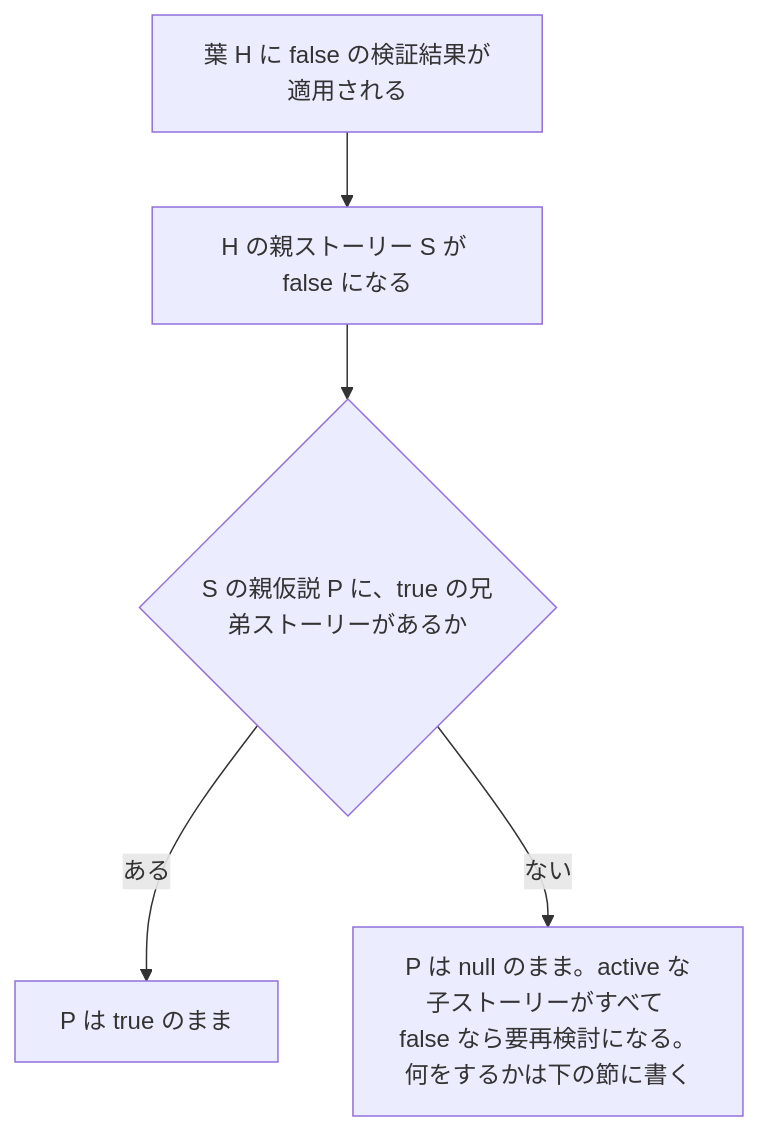
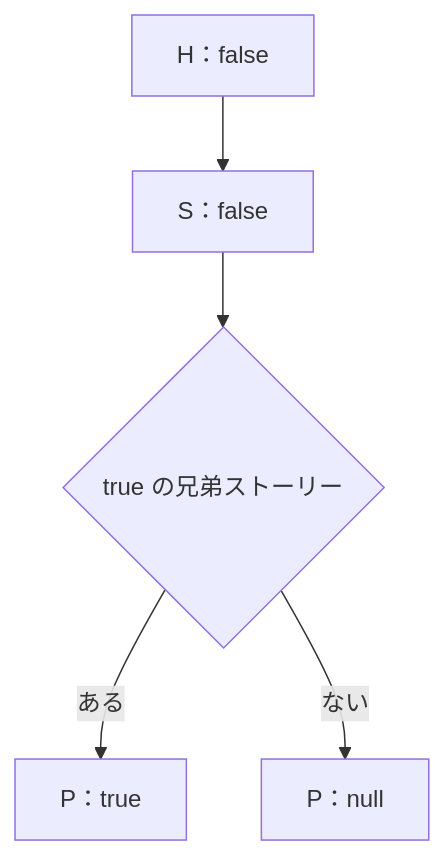
The diagram in docs/tree/falsification.md (yamambainc/logiforge), drawn with Mermaid before and after one commit. The commit also changed other lines of this file and 9 other files, not shown here.

First line of the commit message:
docs, design: mermaid の中に説明文を書かない規則を skill に足し、図を直した

````diff
--- a/docs/tree/falsification.md
+++ b/docs/tree/falsification.md
@@ -7,7 +7,7 @@
 ```mermaid
 flowchart TD
-  A["葉 H に false の検証結果が適用される"] --> B["H の親ストーリー S が false になる"]
-  B --> C{"S の親仮説 P に、true の兄弟ストーリーがあるか"}
-  C -- ある --> D["P は true のまま"]
-  C -- ない --> E["P は null のまま。active な子ストーリーがすべて false なら要再検討になる。何をするかは下の節に書く"]
+  A["H：false"] --> B["S：false"]
+  B --> C{"true の兄弟ストーリー"}
+  C -- ある --> D["P：true"]
+  C -- ない --> E["P：null"]
 ```
````
